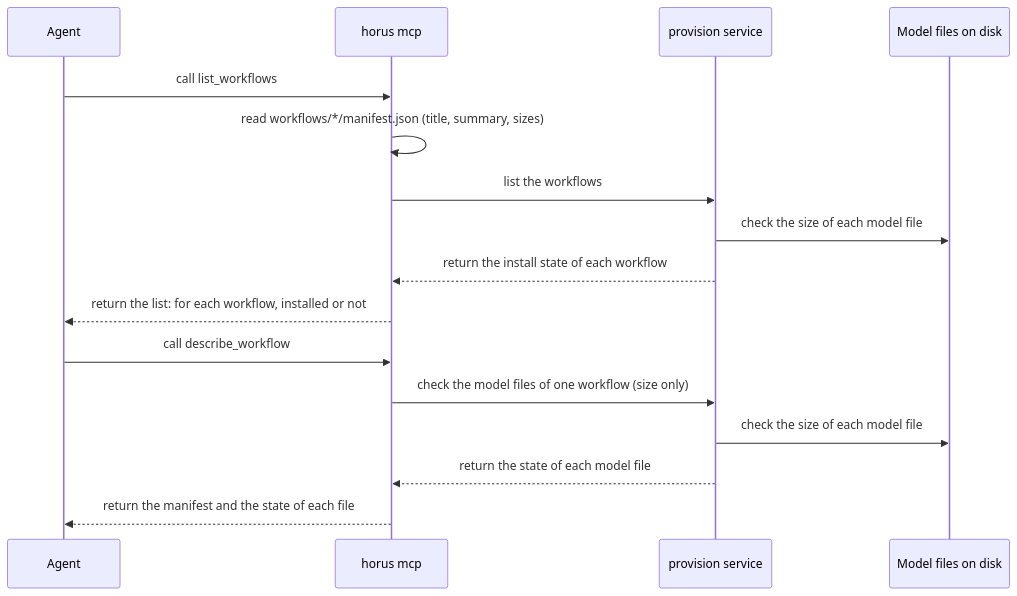
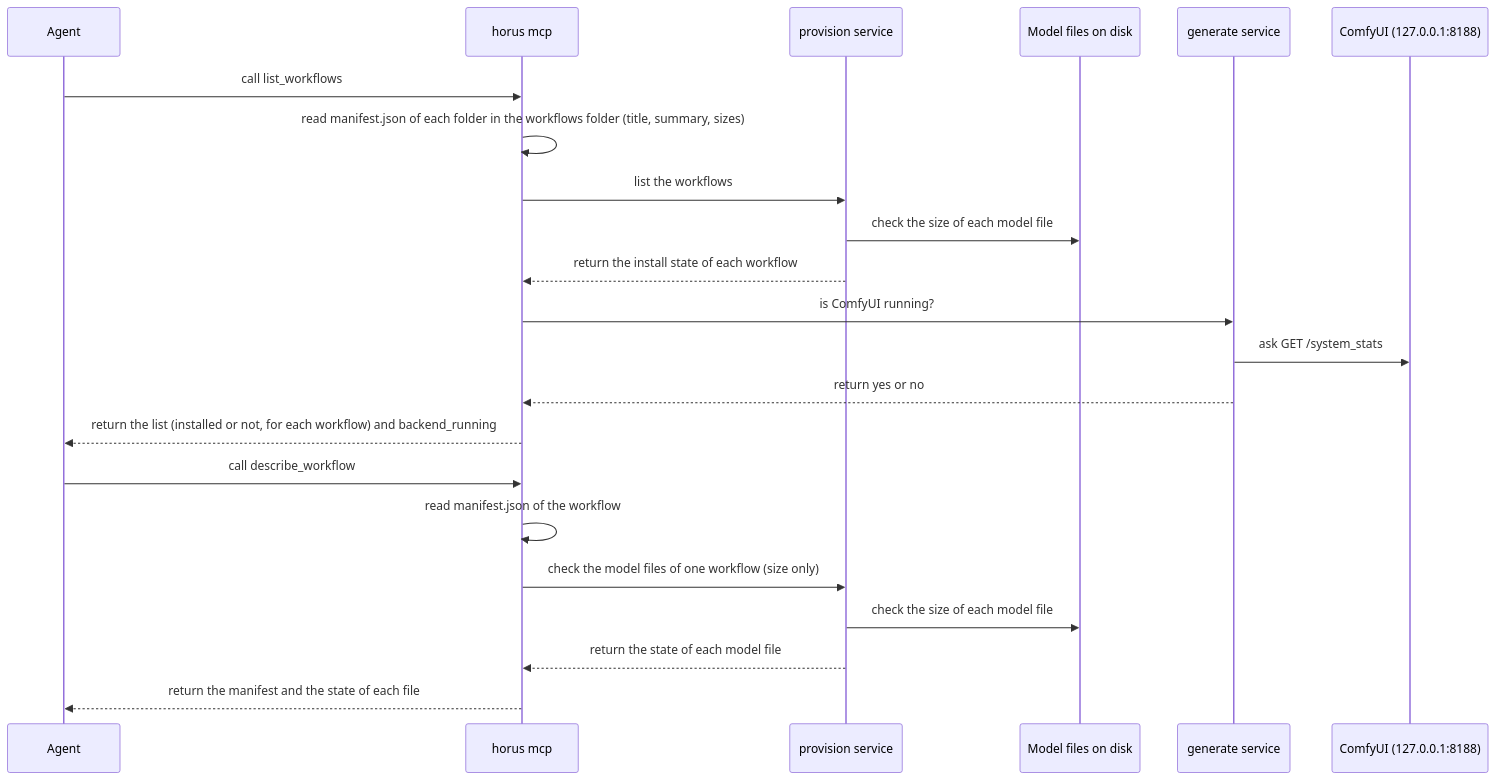
One commit to hieplam/horus changed the first of 4 diagrams in docs/mcp.md. Above: the diagram before and after it, drawn with Mermaid. The commit also changed other lines of this file and 10 other files, not shown here.

First line of the commit message:
docs: make every diagram and instruction match the current design (#173)

````diff
--- a/docs/mcp.md
+++ b/docs/mcp.md
@@ -40,18 +40,24 @@
 ```mermaid
 sequenceDiagram
   participant A as Agent
   participant S as horus mcp
   participant P as provision service
   participant D as Model files on disk
+  participant G as generate service
+  participant C as ComfyUI (127.0.0.1:8188)
   A->>S: call list_workflows
-  S->>S: read workflows/*/manifest.json (title, summary, sizes)
+  S->>S: read manifest.json of each folder in the workflows folder (title, summary, sizes)
   S->>P: list the workflows
   P->>D: check the size of each model file
   P-->>S: return the install state of each workflow
-  S-->>A: return the list: for each workflow, installed or not
+  S->>G: is ComfyUI running?
+  G->>C: ask GET /system_stats
+  G-->>S: return yes or no
+  S-->>A: return the list (installed or not, for each workflow) and backend_running
   A->>S: call describe_workflow
+  S->>S: read manifest.json of the workflow
   S->>P: check the model files of one workflow (size only)
   P->>D: check the size of each model file
   P-->>S: return the state of each model file
   S-->>A: return the manifest and the state of each file
 ```
````
